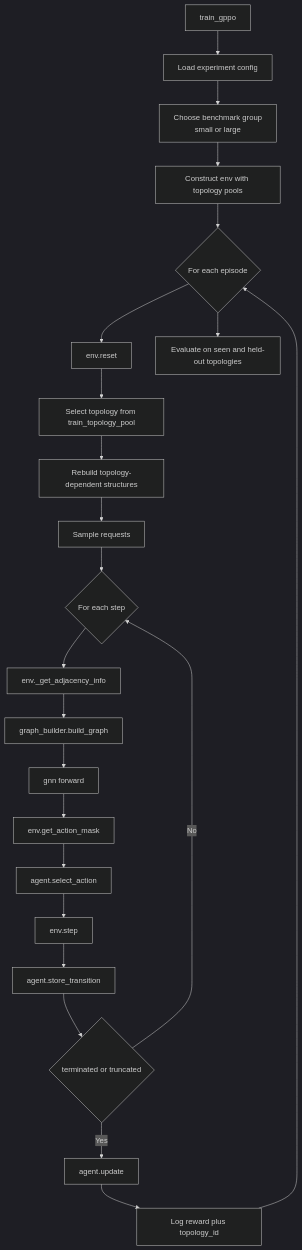
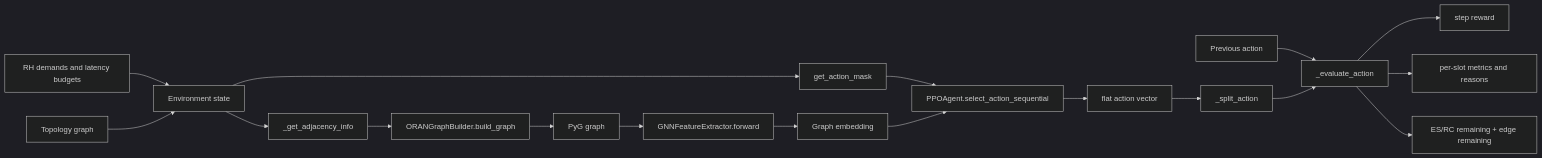
Before and after one commit to DrGMark7/ORAN-GPPO: the seventh of 12 diagrams in ARCHITECTURE.md, drawn with Mermaid (dark theme). The commit also changed other lines of this file and 33 other files, not shown here.

````diff
--- a/ARCHITECTURE.md
+++ b/ARCHITECTURE.md
@@ -265,28 +247,26 @@
 ```mermaid
-flowchart TD
-    TrainStart[train_gppo] --> ExpCfg[Load experiment config]
-    ExpCfg --> BenchGroup[Choose benchmark group\nsmall or large]
-    BenchGroup --> EnvCtor[Construct env with topology pools]
-    EnvCtor --> EpisodeLoop{For each episode}
+flowchart LR
+    Requests[RH demands and latency budgets]
+    Topology[Topology graph]
+    PrevAction[Previous action]
 
-    EpisodeLoop --> Reset[env.reset]
-    Reset --> TopoChoice[Select topology from train_topology_pool]
-    TopoChoice --> Rebuild[Rebuild topology-dependent structures]
-    Rebuild --> RequestSample[Sample requests]
-    RequestSample --> StepLoop{For each step}
+    Requests --> State[Environment state]
+    Topology --> State
+    PrevAction --> Eval
 
-    StepLoop --> Adj[env._get_adjacency_info]
-    Adj --> BuildGraph[graph_builder.build_graph]
-    BuildGraph --> Encode[gnn forward]
-    Encode --> Mask[env.get_action_mask]
-    Mask --> Select[agent.select_action]
-    Select --> EnvStep[env.step]
-    EnvStep --> Store[agent.store_transition]
-    Store --> DoneCheck{terminated or truncated}
-    DoneCheck -->|No| StepLoop
-    DoneCheck -->|Yes| Update[agent.update]
-    Update --> EpisodeLog[Log reward plus topology_id]
-    EpisodeLog --> EpisodeLoop
+    State --> Mask[get_action_mask]
+    State --> Adj[_get_adjacency_info]
+    Adj --> GraphBuilder[ORANGraphBuilder.build_graph]
+    GraphBuilder --> PYGGraph[PyG graph]
+    PYGGraph --> GNNForward[GNNFeatureExtractor.forward]
+    GNNForward --> Features[Graph embedding]
+    Mask --> Policy[PPOAgent.select_action_sequential]
+    Features --> Policy
+    Policy --> Action[flat action vector]
 
-    EpisodeLoop --> Eval[Evaluate on seen and held-out topologies]
+    Action --> Decode[_split_action]
+    Decode --> Eval[_evaluate_action]
+    Eval --> Reward[step reward]
+    Eval --> Info[per-slot metrics and reasons]
+    Eval --> NextResources[ES/RC remaining + edge remaining]
 ```
````
